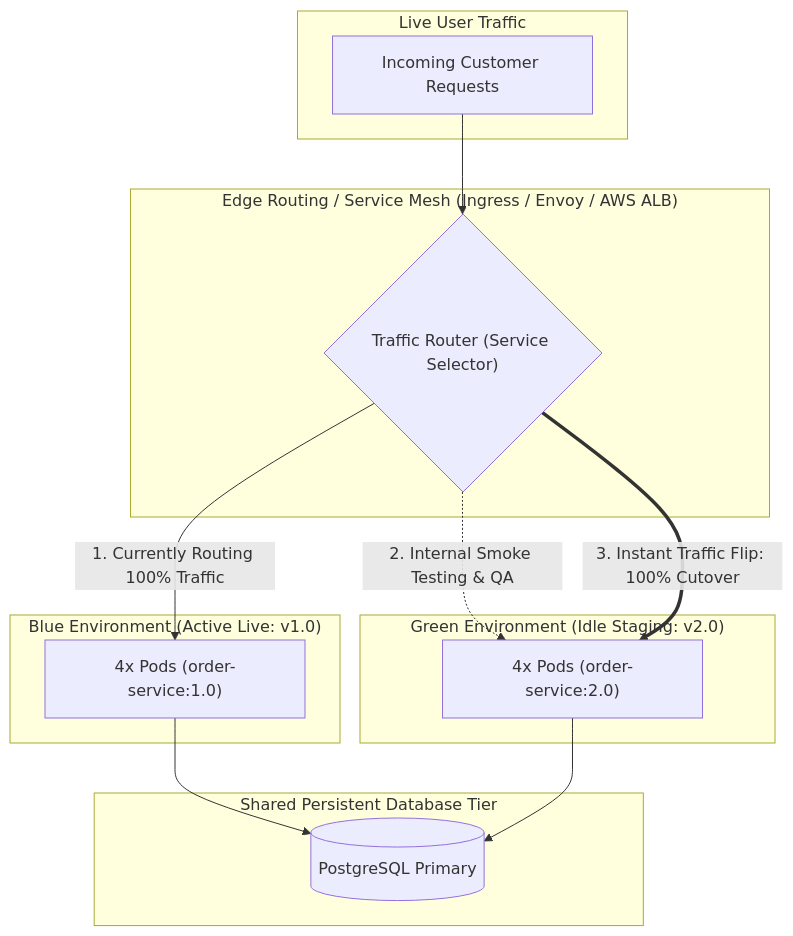
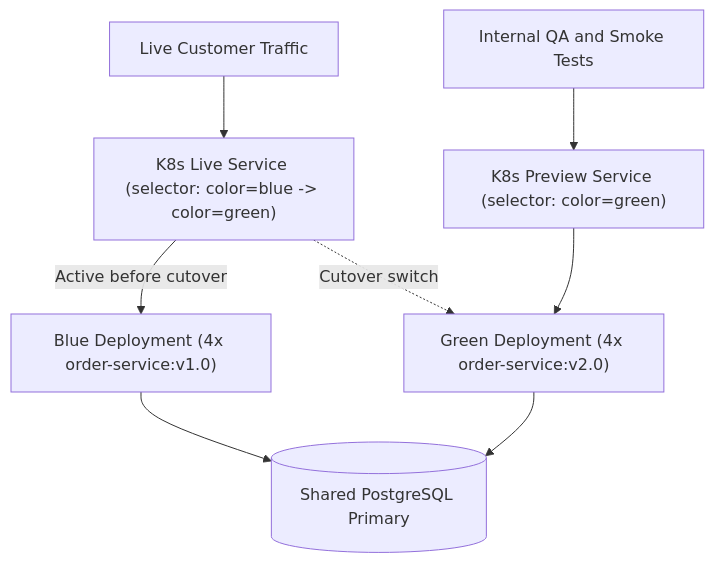
The second of 5 diagrams in content/roadmap/level-13/zero-downtime-deployments-blue-green-and-canary.md (ravishankar2463/java_hub), drawn with Mermaid before and after one commit. The commit also changed other lines of this file and 119 other files, not shown here.

Commit message:
feat: add comprehensive java learning roadmap content across multiple levels

````diff
--- a/content/roadmap/level-13/zero-downtime-deployments-blue-green-and-canary.md
+++ b/content/roadmap/level-13/zero-downtime-deployments-blue-green-and-canary.md
@@ -52,30 +49,12 @@
 ```mermaid
 flowchart TD
-    subgraph Users["Live User Traffic"]
-        UserTraffic["Incoming Customer Requests"]
-    end
+    Users["Live Customer Traffic"] --> LiveSvc["K8s Live Service (selector: color=blue -> color=green)"]
+    QA["Internal QA and Smoke Tests"] --> PreviewSvc["K8s Preview Service (selector: color=green)"]
 
-    subgraph RoutingLayer["Edge Routing / Service Mesh (Ingress / Envoy / AWS ALB)"]
-        Router{"Traffic Router (Service Selector)"}
-    end
+    LiveSvc -->|"Active before cutover"| Blue["Blue Deployment (4x order-service:v1.0)"]
+    LiveSvc -.->|"Cutover switch"| Green["Green Deployment (4x order-service:v2.0)"]
+    PreviewSvc --> Green
 
-    subgraph BlueEnv["Blue Environment (Active Live: v1.0)"]
-        BluePods["4x Pods (order-service:1.0)"]
-    end
-
-    subgraph GreenEnv["Green Environment (Idle Staging: v2.0)"]
-        GreenPods["4x Pods (order-service:2.0)"]
-    end
-
-    subgraph DatabaseTier["Shared Persistent Database Tier"]
-        DB[("PostgreSQL Primary")]
-    end
-
-    UserTraffic --> Router
-    Router -->|"1. Currently Routing 100% Traffic"| BluePods
-    Router -.->|"2. Internal Smoke Testing & QA"| GreenPods
-    Router ==>|"3. Instant Traffic Flip: 100% Cutover"| GreenPods
-    
-    BluePods --> DB
-    GreenPods --> DB
+    Blue --> DB[("Shared PostgreSQL Primary")]
+    Green --> DB
 ```
````
